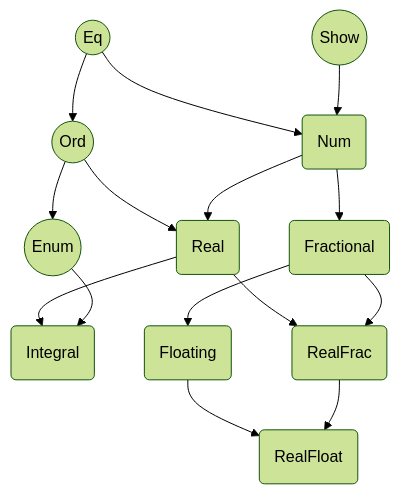
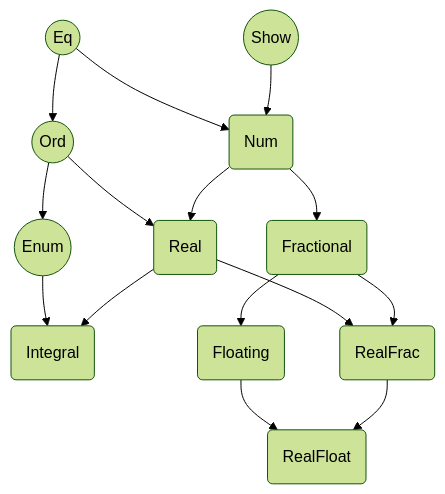
Before and after one commit to wolfangy/haskell: the diagram in haskell-in-depth/ch02/ch2.md, drawn with Mermaid (forest theme).

````diff
--- a/haskell-in-depth/ch02/ch2.md
+++ b/haskell-in-depth/ch02/ch2.md
@@ -481,17 +481,17 @@
 ```mermaid
 graph TD;
     Eq((Eq)) --> N(Num)
     S((Show)) --> N
     Eq --> O((Ord))
     O --> En((Enum))
     O --> R(Real)
     N --> R
     N --> F(Fractional)
-    R --> I(Integral)
-    En --> I
+    En --> I(Integral)
+    R --> I
     R --> RF(RealFrac)
     F --> RF
     F --> Fl(Floating)
     Fl --> RFl(RealFloat)
     RF --> RFl
 ```
````
